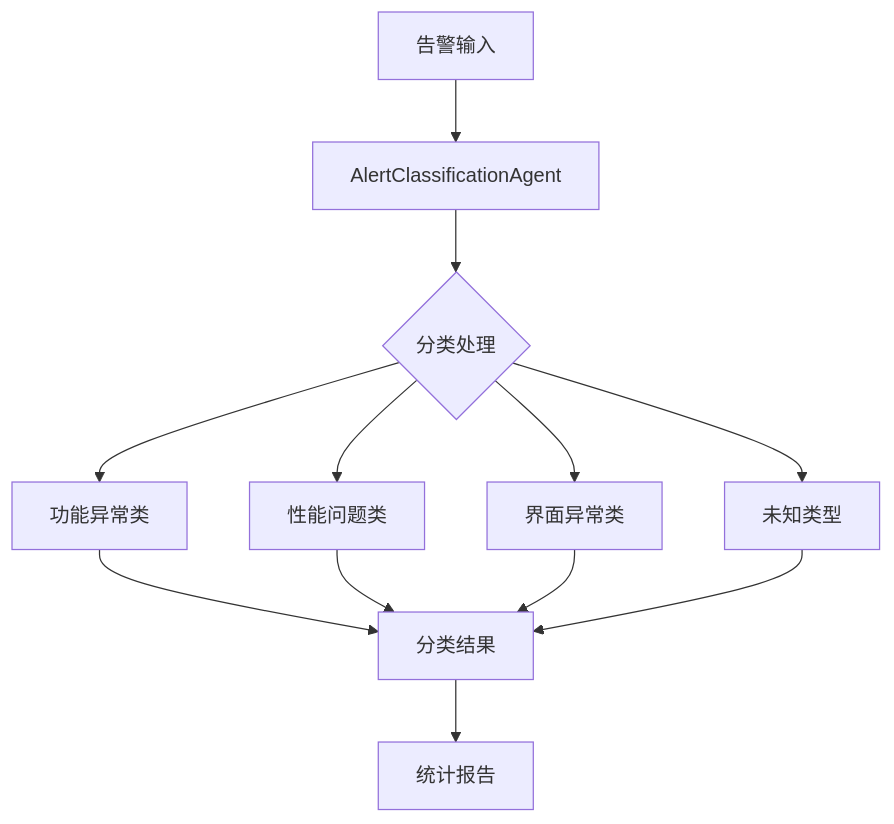
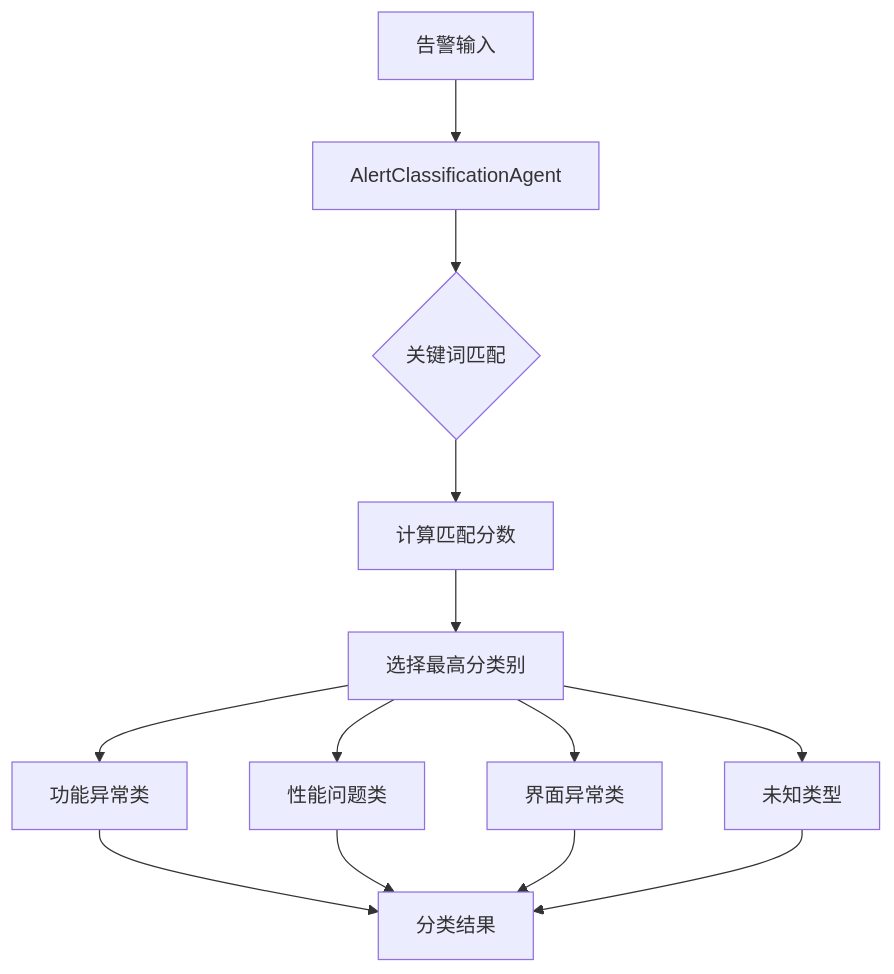
Before and after one commit to CheukYuen/learn-agent: the first of 4 diagrams in classification/README.md, drawn with Mermaid. The commit also changed other lines of this file and 4 other files, not shown here.

````diff
--- a/classification/README.md
+++ b/classification/README.md
@@ -5,14 +6,15 @@
 ```mermaid
 graph TD
     A[告警输入] --> B[AlertClassificationAgent]
-    B --> C{分类处理}
-    C --> D[功能异常类]
-    C --> E[性能问题类]
-    C --> F[界面异常类]
-    C --> G[未知类型]
-    D --> H[分类结果]
-    E --> H
-    F --> H
-    G --> H
-    H --> I[统计报告]
+    B --> C{关键词匹配}
+    C --> D[计算匹配分数]
+    D --> E[选择最高分类别]
+    E --> F[功能异常类]
+    E --> G[性能问题类]
+    E --> H[界面异常类]
+    E --> I[未知类型]
+    F --> J[分类结果]
+    G --> J
+    H --> J
+    I --> J
 ```
````
